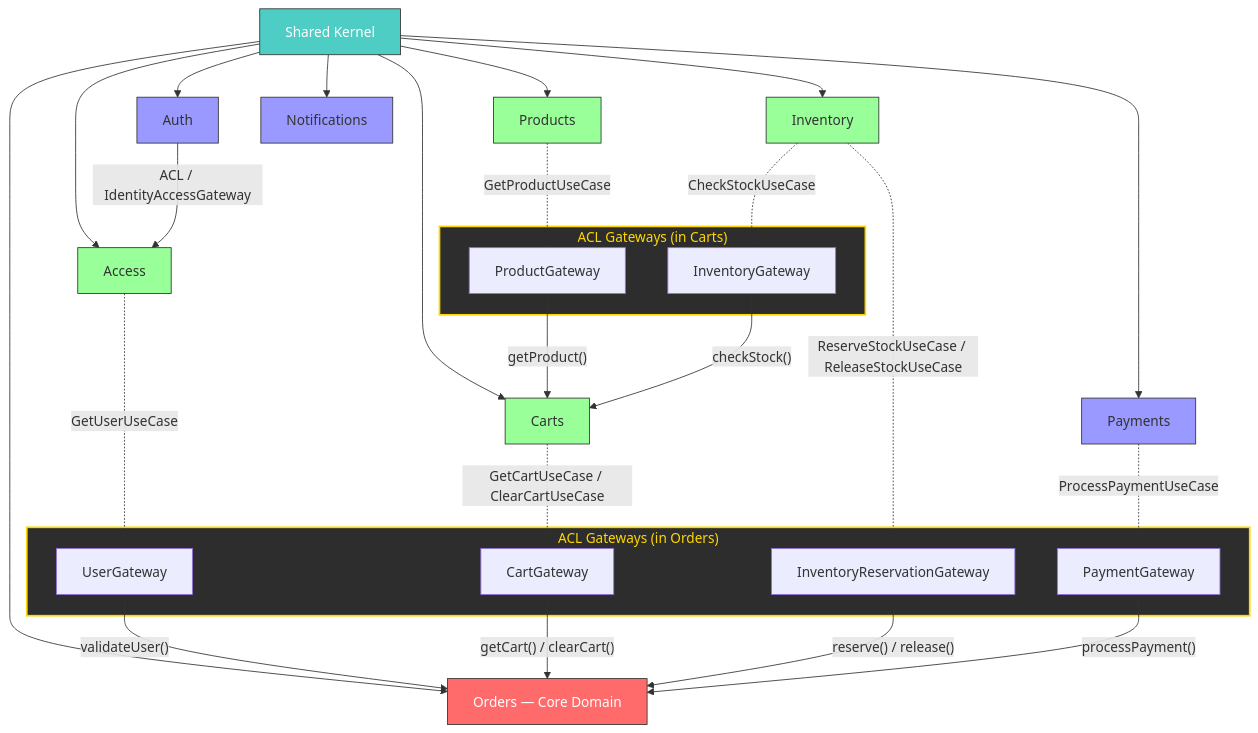
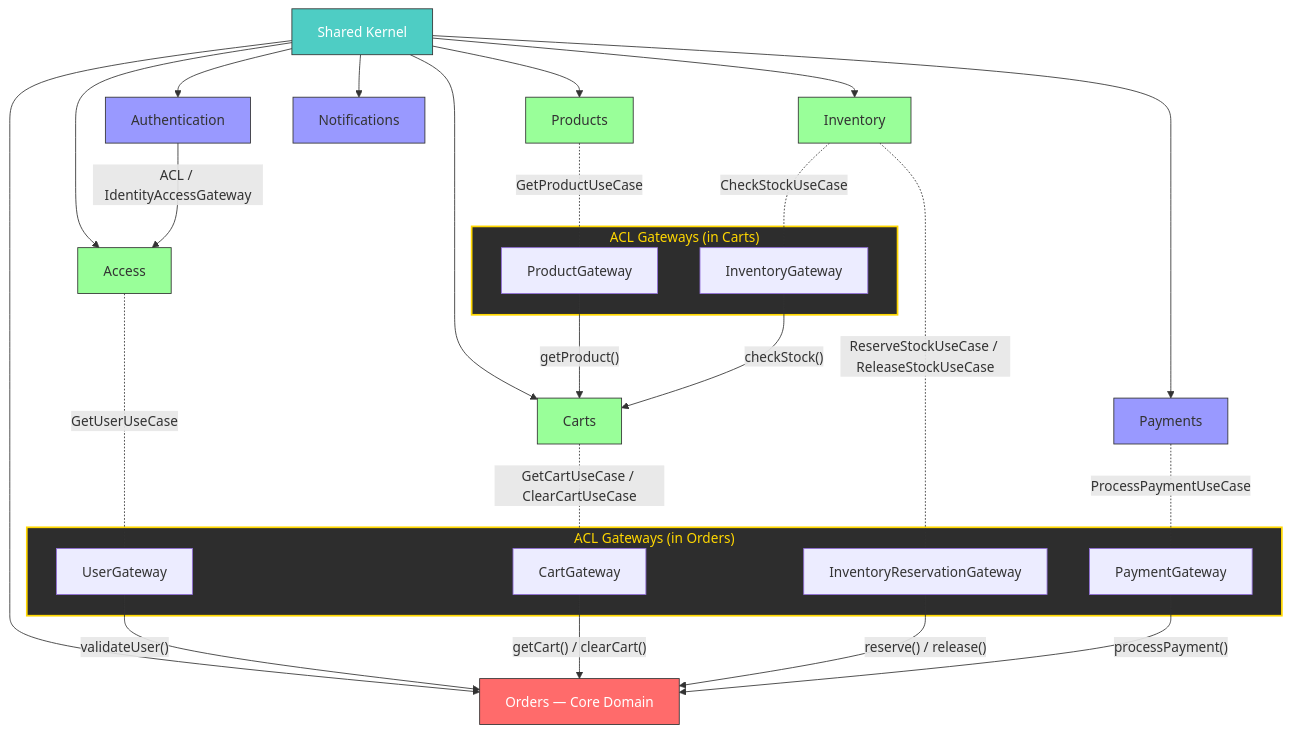
Before and after one commit to raouf-b-dev/ecommerce-store-api: the diagram in docs/architecture/DDD-HEXAGONAL.md, drawn with Mermaid. The commit also changed 13 other files, not shown here.

First line of the commit message:
ES-138: Update documentation and module references to reflect the transition from 'Auth' to 'Authentication' and 'Customers' to 'Access'

````diff
--- a/docs/architecture/DDD-HEXAGONAL.md
+++ b/docs/architecture/DDD-HEXAGONAL.md
@@ -150,52 +150,52 @@
 ```mermaid
 graph TD
     SK[Shared Kernel] --> O[Orders — Core Domain]
     SK --> C[Carts]
     SK --> I[Inventory]
     SK --> P[Products]
     SK --> Cu[Access]
     SK --> Pa[Payments]
-    SK --> Au[Auth]
+    SK --> Au[Authentication]
     SK --> N[Notifications]
 
     subgraph ACL_Orders["ACL Gateways (in Orders)"]
         CuGW["UserGateway"]
         CaGW["CartGateway"]
         IGW["InventoryReservationGateway"]
         PaGW["PaymentGateway"]
     end
 
     Cu -.-|"GetUserUseCase"| CuGW
     C -.-|"GetCartUseCase / ClearCartUseCase"| CaGW
     I -.-|"ReserveStockUseCase / ReleaseStockUseCase"| IGW
     Pa -.-|"ProcessPaymentUseCase"| PaGW
 
     CuGW -->|"validateUser()"| O
     CaGW -->|"getCart() / clearCart()"| O
     IGW -->|"reserve() / release()"| O
     PaGW -->|"processPayment()"| O
 
     subgraph ACL_Carts["ACL Gateways (in Carts)"]
         PrGW["ProductGateway"]
         IGW2["InventoryGateway"]
     end
 
     P -.-|"GetProductUseCase"| PrGW
     I -.-|"CheckStockUseCase"| IGW2
 
     PrGW -->|"getProduct()"| C
     IGW2 -->|"checkStock()"| C
 
     Au -->|"ACL / IdentityAccessGateway"| Cu
 
     style O fill:#ff6b6b,stroke:#333,color:#fff
     style SK fill:#4ecdc4,stroke:#333,color:#fff
     style ACL_Orders fill:#2d2d2d,stroke:#ffd700,color:#ffd700,stroke-width:2px
     style ACL_Carts fill:#2d2d2d,stroke:#ffd700,color:#ffd700,stroke-width:2px
 
     classDef support fill:#99ff99,stroke:#333,stroke-width:1px;
     classDef generic fill:#9999ff,stroke:#333,stroke-width:1px;
 
     class I,P,C,Cu support;
     class Pa,Au,N generic;
 ```
````
